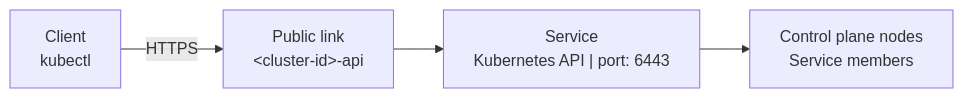
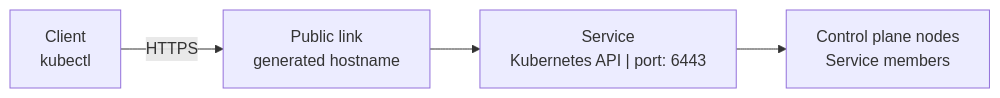
Before and after one commit to SDU-eScience/UCloud: the diagram in provider-integration/im2/docs/src/k8s/kubernetes-clusters/networking-and-storage.md, drawn with Mermaid. The commit also changed other lines of this file and 6 other files, not shown here.

````diff
--- a/provider-integration/im2/docs/src/k8s/kubernetes-clusters/networking-and-storage.md
+++ b/provider-integration/im2/docs/src/k8s/kubernetes-clusters/networking-and-storage.md
@@ -44,11 +44,11 @@
 ```mermaid
 flowchart LR
     client["Client<br/>kubectl"]:::diagram-external-code-bracket
-    link["Public link<br/>&lt;cluster-id&gt;-api"]:::diagram-provider-globe-alt
+    link["Public link<br/>generated hostname"]:::diagram-provider-globe-alt
     service["Service<br/>Kubernetes API | port: 6443"]:::diagram-provider-server
     cp["Control plane nodes<br/>Service members"]:::diagram-provider-server
 
     client -->|"HTTPS"| link
     link --> service
     service --> cp
 ```
````
